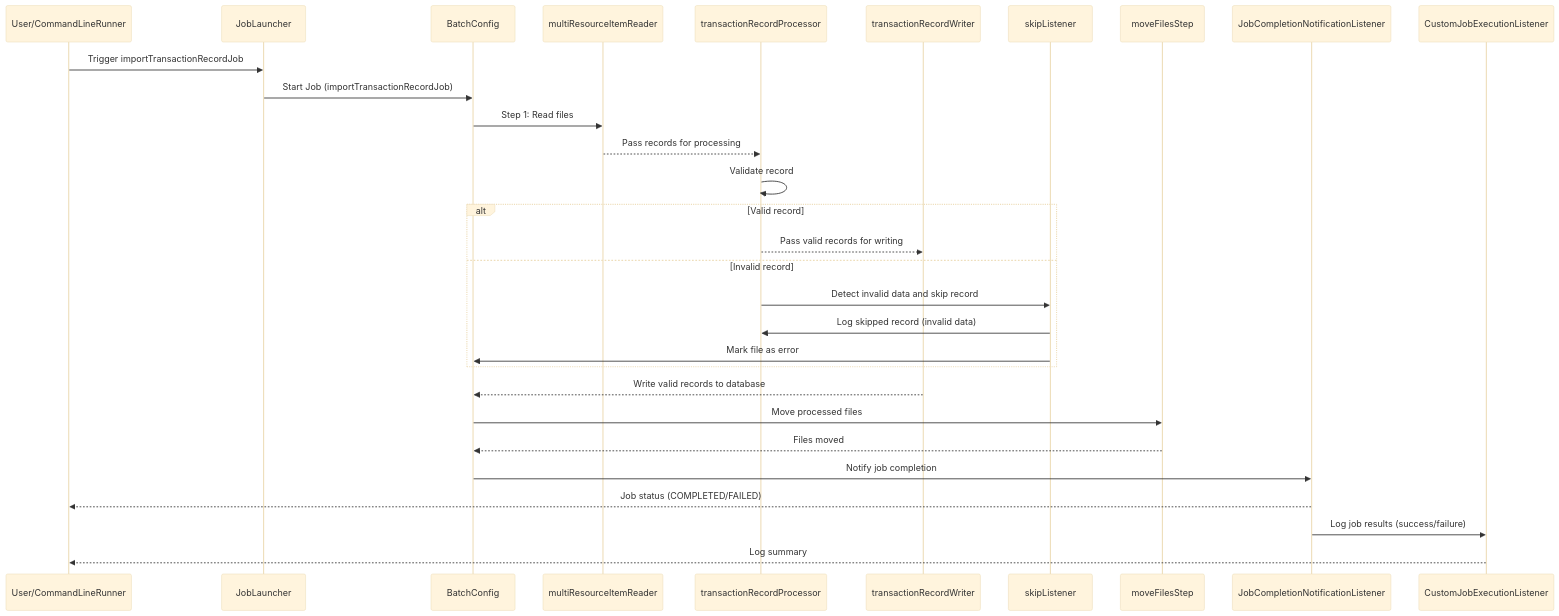
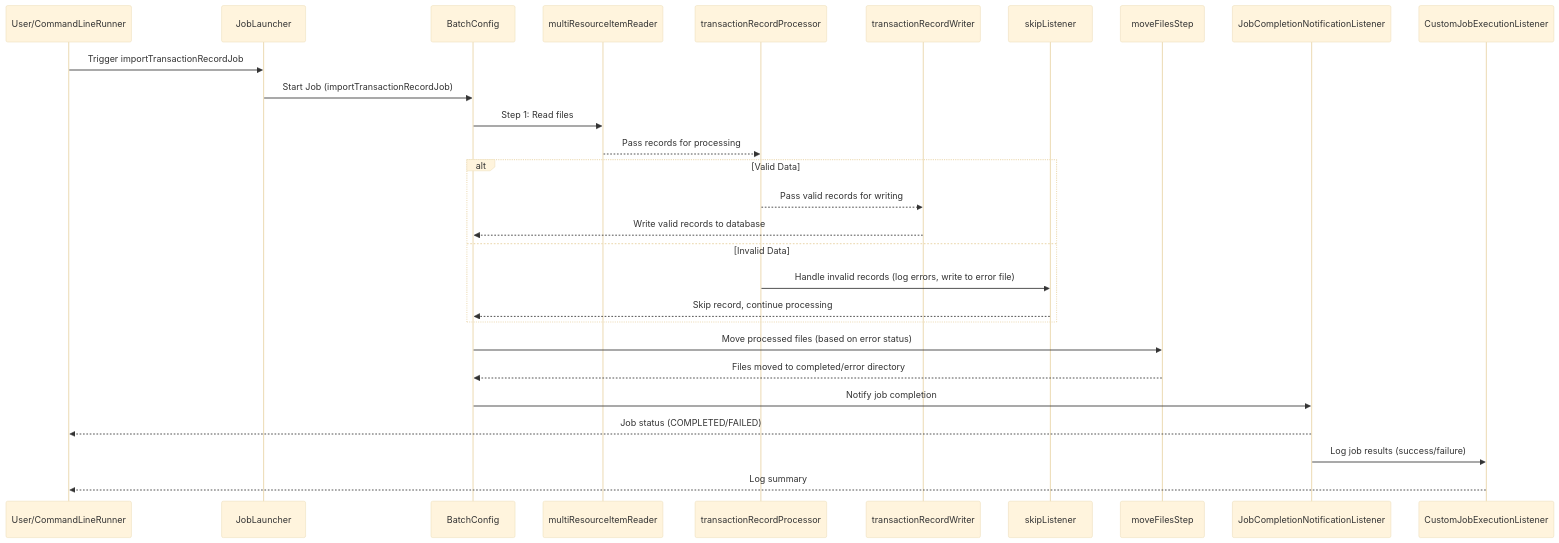
One commit to Syafiq-lab/mb-transaction-batch changed the diagram in README.md. Above: the diagram before and after it, drawn with Mermaid (base theme). The commit also changed other lines of this file and 12 other files, not shown here.

````diff
--- a/README.md
+++ b/README.md
@@ -170,37 +170,34 @@
 ```mermaid
 sequenceDiagram
     participant User as User/CommandLineRunner
     participant JobLauncher as JobLauncher
     participant BatchConfig as BatchConfig
     participant Reader as multiResourceItemReader
     participant Processor as transactionRecordProcessor
     participant Writer as transactionRecordWriter
     participant SkipListener as skipListener
     participant MoveFilesStep as moveFilesStep
     participant JobCompletion as JobCompletionNotificationListener
     participant CustomListener as CustomJobExecutionListener
 
     User->>JobLauncher: Trigger importTransactionRecordJob
     JobLauncher->>BatchConfig: Start Job (importTransactionRecordJob)
     BatchConfig->>Reader: Step 1: Read files
     Reader-->>Processor: Pass records for processing
 
-    Processor->>Processor: Validate record
-    alt Valid record
+    alt Valid Data
         Processor-->>Writer: Pass valid records for writing
-    else Invalid record
-        Processor->>SkipListener: Detect invalid data and skip record
-        SkipListener->>Processor: Log skipped record (invalid data)
-        SkipListener->>BatchConfig: Mark file as error
+        Writer-->>BatchConfig: Write valid records to database
+    else Invalid Data
+        Processor->>SkipListener: Handle invalid records (log errors, write to error file)
+        SkipListener-->>BatchConfig: Skip record, continue processing
     end
 
-    Writer-->>BatchConfig: Write valid records to database
-    BatchConfig->>MoveFilesStep: Move processed files
-    MoveFilesStep-->>BatchConfig: Files moved
+    BatchConfig->>MoveFilesStep: Move processed files (based on error status)
+    MoveFilesStep-->>BatchConfig: Files moved to completed/error directory
     BatchConfig->>JobCompletion: Notify job completion
     JobCompletion-->>User: Job status (COMPLETED/FAILED)
     JobCompletion->>CustomListener: Log job results (success/failure)
     CustomListener-->>User: Log summary
 
-
 ```
````
